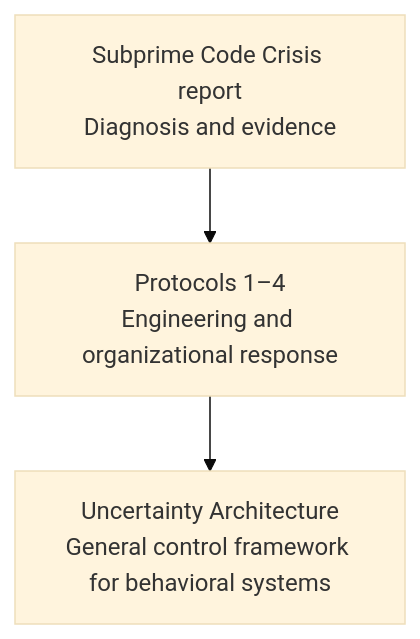
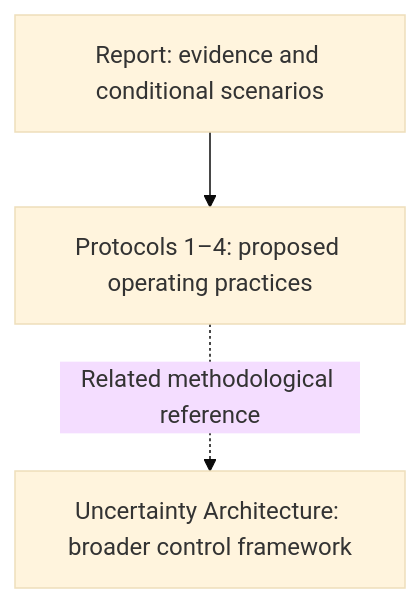
One commit to UncertaintyArchitectureGroup/The-Subprime-Code-Crisis changed the fifth of 5 diagrams in protocols/04_systemic_cure.md. Above: the diagram before and after it, drawn with Mermaid (base theme). The commit also changed other lines of this file and 14 other files, not shown here.

First line of the commit message:
Bound report claims and scenario tests to the evidence (#82)

````diff
--- a/protocols/04_systemic_cure.md
+++ b/protocols/04_systemic_cure.md
@@ -410,5 +410,5 @@
 ```mermaid
 flowchart TD
-    A[Subprime Code Crisis report<br/>Diagnosis and evidence] --> B[Protocols 1–4<br/>Engineering and organizational response]
-    B --> C[Uncertainty Architecture<br/>General control framework for behavioral systems]
+    A["Report: evidence and conditional scenarios"] --> B["Protocols 1–4: proposed operating practices"]
+    B -. "Related methodological reference" .-> C["Uncertainty Architecture: broader control framework"]
 ```
````
